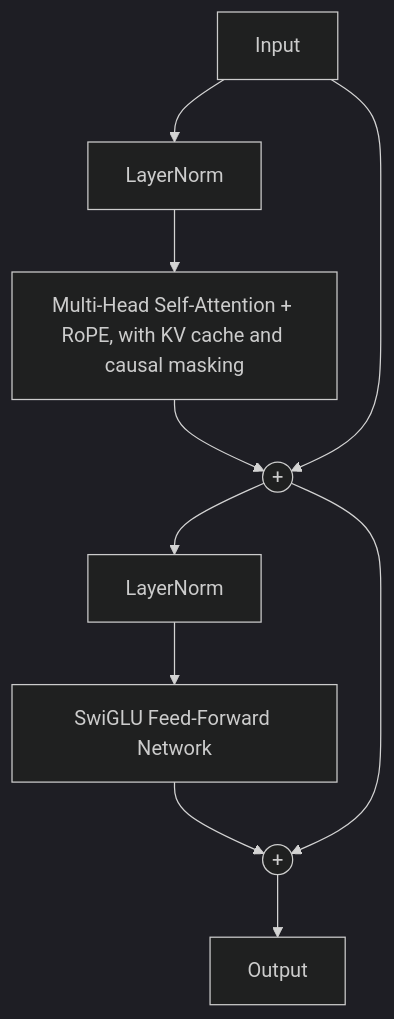
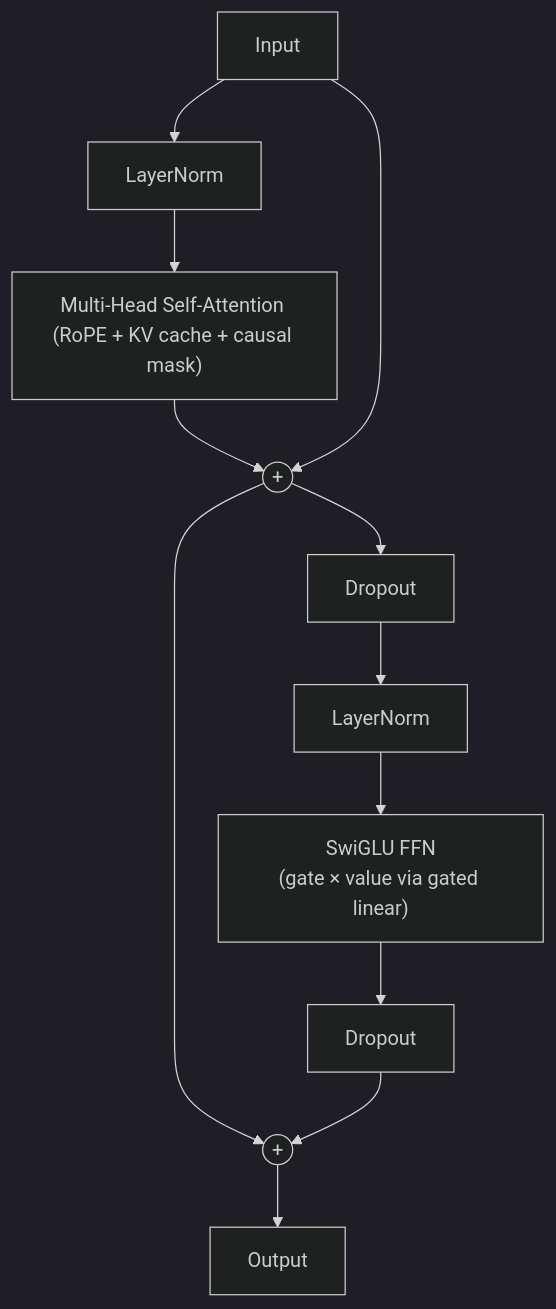
One commit to HmedNejjar/Nova changed the second of 2 diagrams in README.md. Above: the diagram before and after it, drawn with Mermaid (dark theme). The commit also changed other lines of this file, not shown here.

````diff
--- a/README.md
+++ b/README.md
@@ -64,12 +42,14 @@
 ```mermaid
 flowchart TD
     X["Input"] --> N1["LayerNorm"]
-    N1 --> ATT["Multi-Head Self-Attention + RoPE, with KV cache and causal masking"]
+    N1 --> ATT["Multi-Head Self-Attention (RoPE + KV cache + causal mask)"]
     ATT --> ADD1(("+"))
     X --> ADD1
-    ADD1 --> N2["LayerNorm"]
-    N2 --> FFN["SwiGLU Feed-Forward Network"]
-    FFN --> ADD2(("+"))
-    ADD1 --> ADD2
+    ADD1 --> DR1["Dropout"]
+    DR1 --> N2["LayerNorm"]
+    N2 --> FFN["SwiGLU FFN<br/>(gate × value via gated linear)"]
+    FFN --> DR2["Dropout"]
+    ADD1 --> ADD2(("+"))
+    DR2 --> ADD2
     ADD2 --> OUT["Output"]
 ```
````
